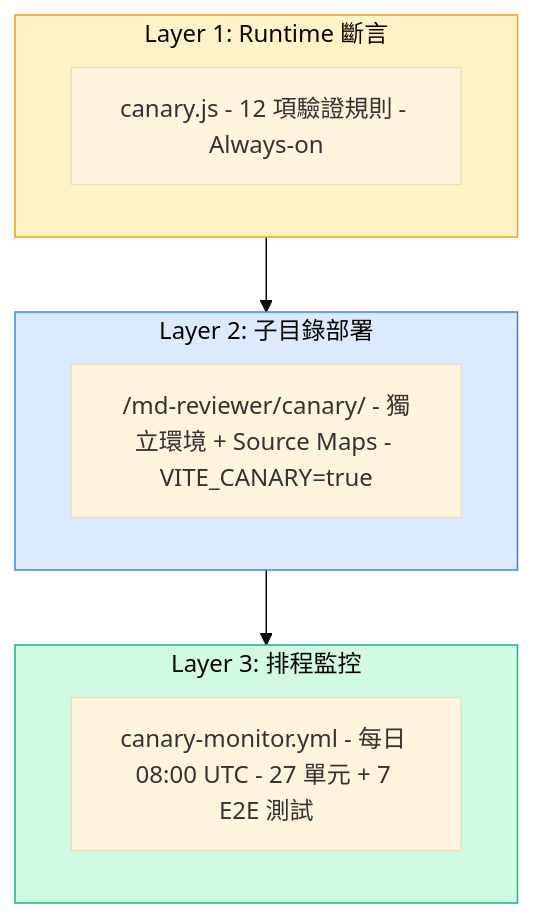
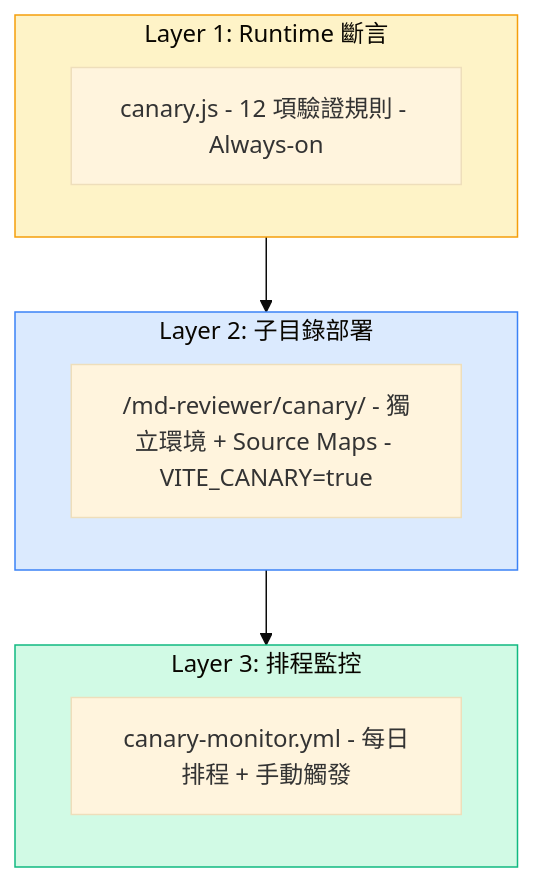
One commit to NickHuangbeauty/md-reviewer changed the third of 6 diagrams in docs/development-guide.md. Above: the diagram before and after it, drawn with Mermaid (base theme). The commit also changed other lines of this file and 2 other files, not shown here.

First line of the commit message:
Update development guide with canary architecture details and Gist integration docs

````diff
--- a/docs/development-guide.md
+++ b/docs/development-guide.md
@@ -173,20 +175,20 @@
 ```mermaid
 flowchart TB
     subgraph Layer1["Layer 1: Runtime 斷言"]
         V["canary.js - 12 項驗證規則 - Always-on"]
     end
 
     subgraph Layer2["Layer 2: 子目錄部署"]
         C["/md-reviewer/canary/ - 獨立環境 + Source Maps - VITE_CANARY=true"]
     end
 
     subgraph Layer3["Layer 3: 排程監控"]
-        T["canary-monitor.yml - 每日 08:00 UTC - 27 單元 + 7 E2E 測試"]
+        T["canary-monitor.yml - 每日排程 + 手動觸發"]
     end
 
     Layer1 --> Layer2 --> Layer3
 
     style Layer1 fill:#fef3c7,stroke:#f59e0b
     style Layer2 fill:#dbeafe,stroke:#3b82f6
     style Layer3 fill:#d1fae5,stroke:#10b981
 ```
````
